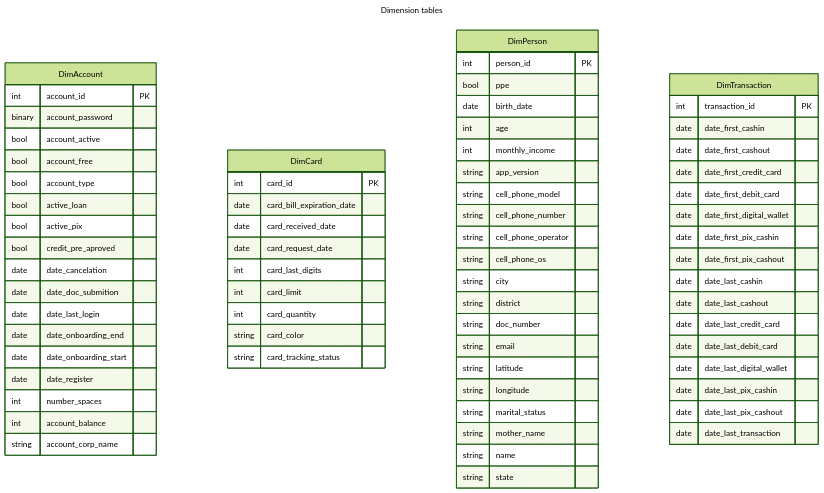
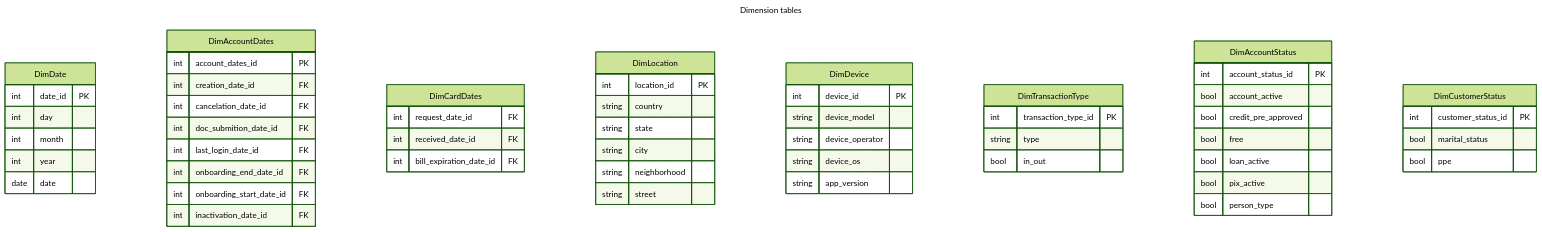
Before and after one commit to luis705/n26-modeling-case: the second of 2 diagrams in README.md, drawn with Mermaid (forest theme). The commit also changed other lines of this file and 2 other files, not shown here.

Commit message:
Changed fact and dimension tables

````diff
--- a/README.md
+++ b/README.md
@@ -69,94 +105,68 @@
 title: Dimension tables
 ---
 erDiagram
-    DimAccount {
-        int    account_id PK
 
-        binary account_password
-        
-        bool   account_active
-        bool   account_free
-        bool   account_type
-        bool   active_loan
-        bool   active_pix
-        
-        bool   credit_pre_aproved
-        
-        date   date_cancelation
-        date   date_doc_submition
-        date   date_last_login
-        date   date_onboarding_end
-        date   date_onboarding_start
-        date   date_register
-        
-        int    number_spaces
-        int    account_balance
-        
-        string account_corp_name
+    DimDate {
+        int  date_id PK
+        int  day
+        int  month
+        int  year
+        date date
     }
 
-    DimCard {
-        int    card_id PK
-        
-        date   card_bill_expiration_date
-        date   card_received_date
-        date   card_request_date
-        
-        int    card_last_digits
-        int    card_limit
-        int    card_quantity
-        
-        string card_color
-        string card_tracking_status 
+    DimAccountDates {
+        int account_dates_id PK
+        int creation_date_id FK
+        int cancelation_date_id FK
+        int doc_submition_date_id FK
+        int last_login_date_id FK
+        int onboarding_end_date_id FK
+        int onboarding_start_date_id FK
+        int inactivation_date_id FK
     }
 
-    DimPerson {
-        int    person_id PK
-        
-        bool   ppe
-
-        date   birth_date
-
-        int    age
-        int    monthly_income
-
-        string app_version
-        string cell_phone_model
-        string cell_phone_number
-        string cell_phone_operator
-        string cell_phone_os
+    DimCardDates {
+        int request_date_id FK
+        int received_date_id FK
+        int bill_expiration_date_id FK
+    }
+    DimLocation {
+        int    location_id PK
+        string country
+        string state
         string city
-        string district
-        string doc_number
-        string email
-        string latitude
-        string longitude
-        string marital_status
-        string mother_name
-        string name
-        string state
+        string neighborhood
+        string street
     }
 
-    DimTransaction {
-        int transaction_id PK
-        
-        date date_first_cashin
-        date date_first_cashout
-        date date_first_credit_card
-        date date_first_debit_card
-        date date_first_digital_wallet
-        date date_first_pix_cashin
-        date date_first_pix_cashout
+    DimDevice {
+        int    device_id PK
+        string device_model
+        string device_operator
+        string device_os
+        string app_version
+    }
 
-        date date_last_cashin
-        date date_last_cashout
-        date date_last_credit_card
-        date date_last_debit_card
-        date date_last_digital_wallet
-        date date_last_pix_cashin
-        date date_last_pix_cashout
-        date date_last_transaction
+    DimTransactionType {
+        int    transaction_type_id PK
+        string type
+        bool   in_out
+    }
 
+    DimAccountStatus {
+        int  account_status_id PK
+        bool account_active
+        bool credit_pre_approved
+        bool free
+        bool loan_active
+        bool pix_active
+        bool person_type
+    }
+
+    DimCustomerStatus {
+        int  customer_status_id PK
+        bool marital_status
+        bool ppe
     }
 
 ```
````
